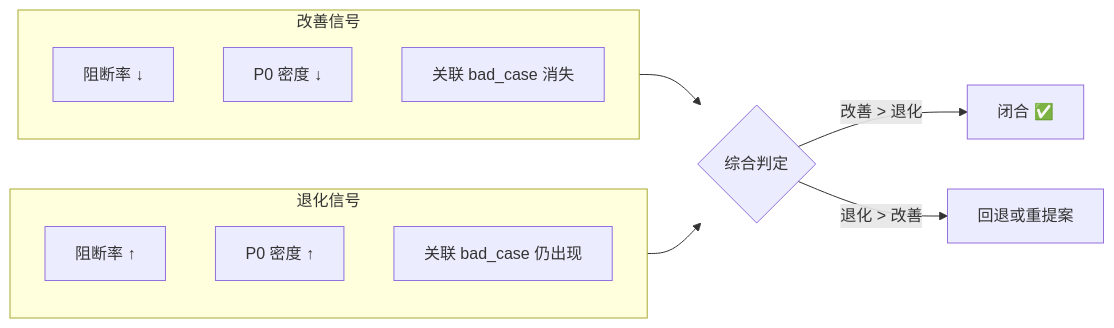
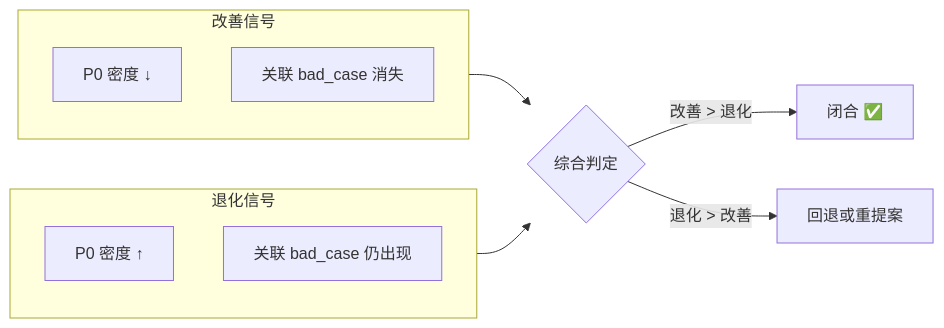
One commit to effiy/YrY changed the seventh of 11 diagrams in rules/self-improve.md. Above: the diagram before and after it, drawn with Mermaid. The commit also changed other lines of this file and 42 other files, not shown here.

First line of the commit message:
feat: apply Mermaid authoring rules (M1-M12) across entire codebase

````diff
--- a/rules/self-improve.md
+++ b/rules/self-improve.md
@@ -153,18 +167,19 @@
 ```mermaid
 flowchart LR
     subgraph 改善["改善信号"]
-        UP1["阻断率 ↓"]:::good
+        direction TB
         UP2["P0 密度 ↓"]:::good
         UP3["关联 bad_case 消失"]:::good
     end
     subgraph 退化["退化信号"]
-        DN1["阻断率 ↑"]:::bad
+        direction TB
         DN2["P0 密度 ↑"]:::bad
         DN3["关联 bad_case 仍出现"]:::bad
     end
     改善 --> JUDGE{"综合判定"}
     退化 --> JUDGE
     JUDGE -->|"改善 > 退化"| CLOSE["闭合 ✅"]:::ok
     JUDGE -->|"退化 > 改善"| ROLL["回退或重提案"]:::warn
 
+
 ```
````
